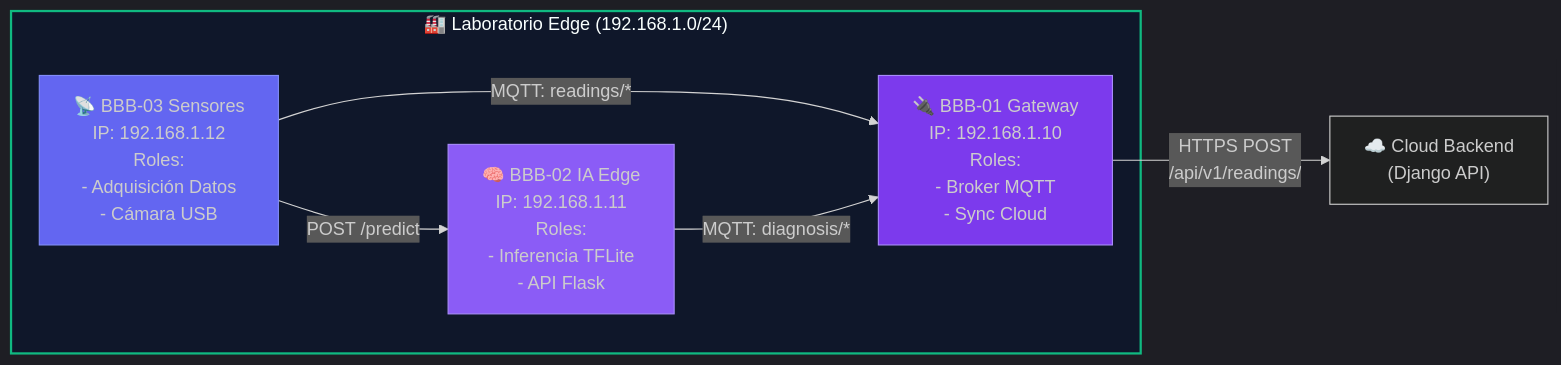
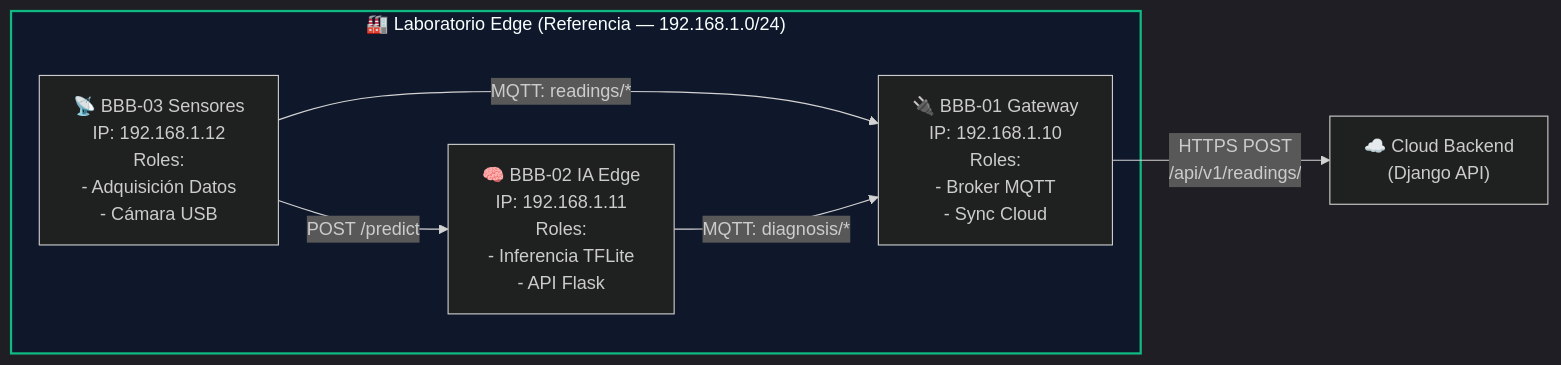
Before and after one commit to badolgm/sigcTiArural: the fifth of 5 diagrams in README.md, drawn with Mermaid. The commit also changed other lines of this file and 1 other file, not shown here.

````diff
--- a/README.md
+++ b/README.md
@@ -489,20 +479,17 @@
 ```mermaid
 %%{init: {'theme':'dark', 'flowchart': {'curve':'basis'}}}%%
 flowchart LR
-    subgraph cluster["🏭 Laboratorio Edge (192.168.1.0/24)"]
+    subgraph cluster["🏭 Laboratorio Edge (Referencia — 192.168.1.0/24)"]
         BBB1["🔌 BBB-01 Gateway<br/>IP: 192.168.1.10<br/>Roles:<br/>- Broker MQTT<br/>- Sync Cloud"]
         BBB2["🧠 BBB-02 IA Edge<br/>IP: 192.168.1.11<br/>Roles:<br/>- Inferencia TFLite<br/>- API Flask"]
         BBB3["📡 BBB-03 Sensores<br/>IP: 192.168.1.12<br/>Roles:<br/>- Adquisición Datos<br/>- Cámara USB"]
-        
+
         BBB3 -->|"MQTT: readings/*"| BBB1
         BBB3 -->|"POST /predict"| BBB2
         BBB2 -->|"MQTT: diagnosis/*"| BBB1
     end
-    
+
     BBB1 -->|"HTTPS POST<br/>/api/v1/readings/"| CLOUD["☁️ Cloud Backend<br/>(Django API)"]
-    
+
     style cluster fill:#0f172a,stroke:#10b981,stroke-width:2px
-    style BBB1 fill:#7c3aed,stroke:#a78bfa
-    style BBB2 fill:#8b5cf6,stroke:#a78bfa
-    style BBB3 fill:#6366f1,stroke:#818cf8
 ```
````
